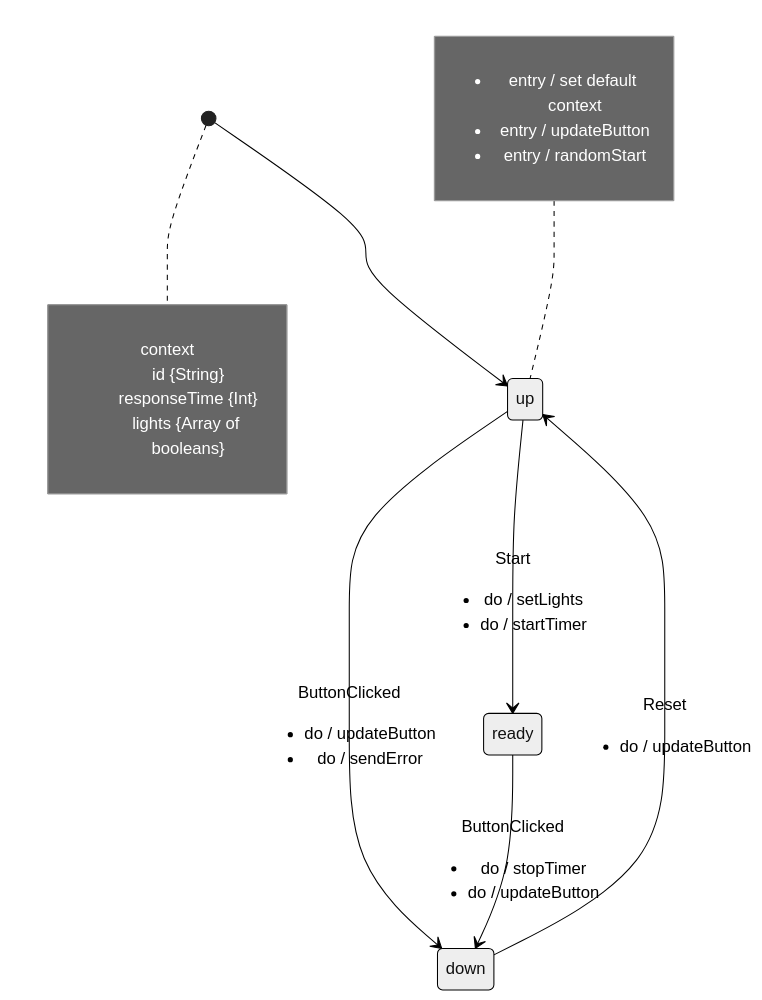
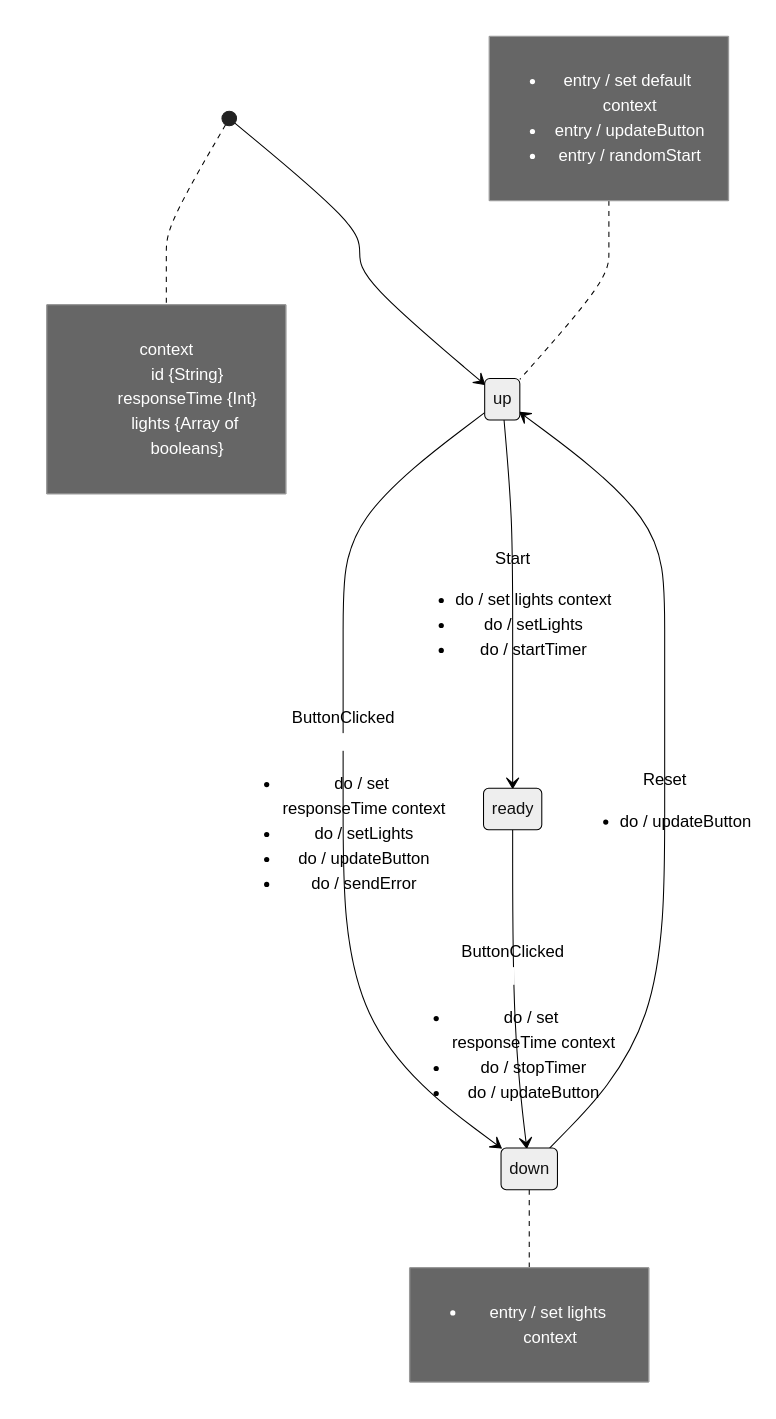
The diagram in libs/red-button-machine/src/red-button-machine.mmd (jkenlooper/red-button-trainer), drawn with Mermaid (neutral theme) before and after one commit.

Commit message:
Update red button machine diagram

```diff
--- a/libs/red-button-machine/src/red-button-machine.mmd
+++ b/libs/red-button-machine/src/red-button-machine.mmd
@@ -1,19 +1,20 @@
 %% State machine diagram in mermaid js format (mmd)
 %% http://mermaid-js.github.io/mermaid/
 %%
 %% Line breaks are not fully supported. Use div elements as a workaround. Notes
 %% can't be multiple lines either (note left of state ... end note)
 %%
 %% Create diagram.svg with this command:
 %% `npm run mmdc -- --input src/red-button-machine.mmd --output diagram.svg`
 %% Add `-p puppeteer.config.json` for sandbox workaround if needed.
 
 
 stateDiagram-v2
   [*] --> up
   note right of [*] : <dl><dt>context</dt><dd>id {String}</dd><dd>responseTime {Int}</dd><dd>lights {Array of booleans}</dd></dl>
   note left of up : <ul><li>entry / set default context</li><li>entry / updateButton</li><li>entry / randomStart</li></ul>
-  up --> down : <div>ButtonClicked</div> <ul><li>do / updateButton</li><li>do / sendError</li></ul>
+  up --> down : <div>ButtonClicked</div> <ul><li>do / set responseTime context</li><li>do / setLights</li><li>do / updateButton</li><li>do / sendError</li></ul>
   down --> up : <div>Reset</div> <ul><li>do / updateButton</li>
-  up --> ready : <div>Start</div> <ul><li>do / setLights</li><li>do / startTimer</li></ul>
-  ready --> down : <div>ButtonClicked</div> <ul><li>do / stopTimer</li><li>do / updateButton</li></ul>
+  up --> ready : <div>Start</div> <ul><li>do / set lights context</li><li>do / setLights</li><li>do / startTimer</li></ul>
+  note right of down : <ul><li>entry / set lights context</li></ul>
+  ready --> down : <div>ButtonClicked</div> <ul><li>do / set responseTime context</li><li>do / stopTimer</li><li>do / updateButton</li></ul>
```
